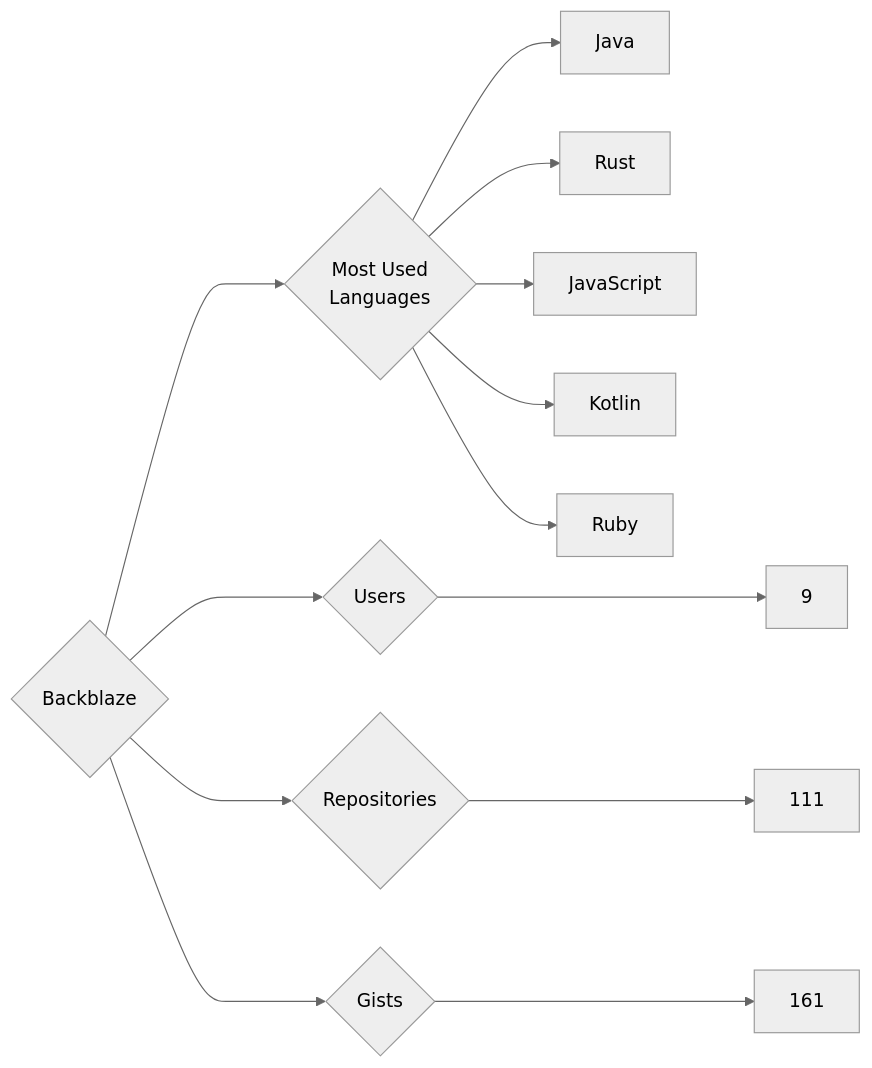
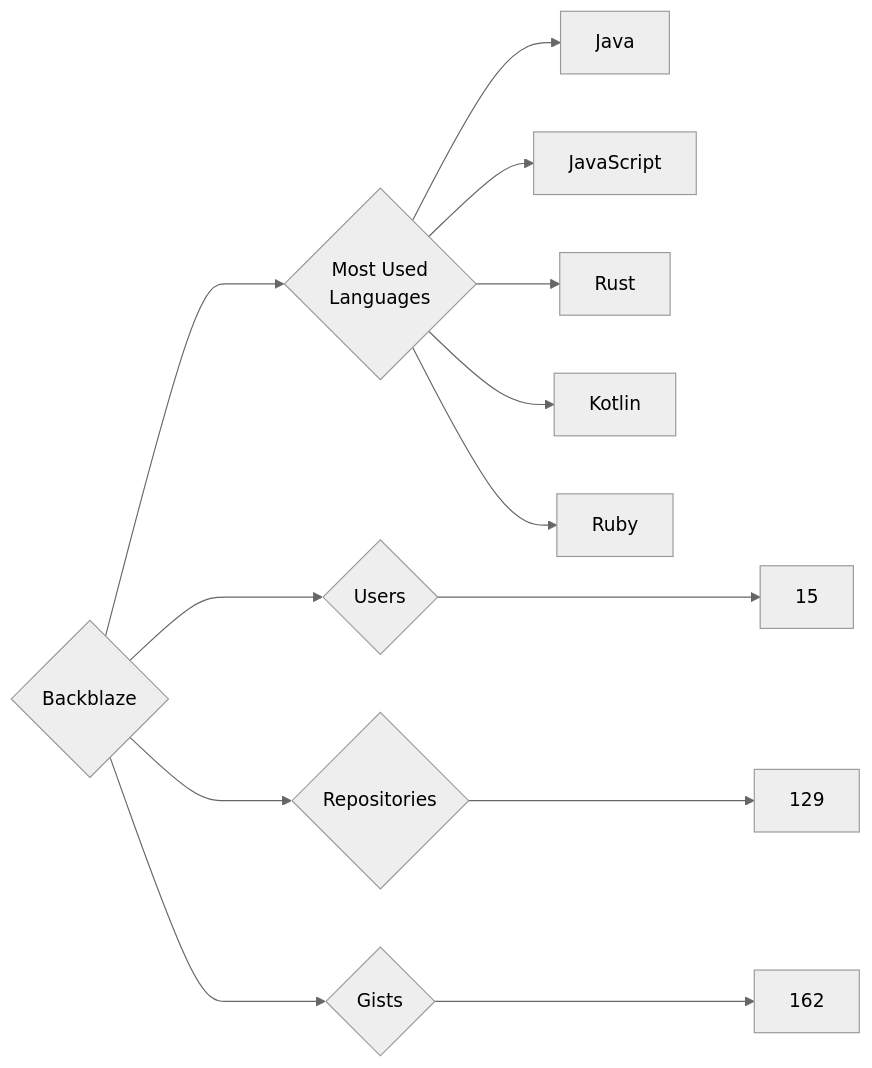
The diagram in targets/Backblaze/README.md (trickest/insiders), drawn with Mermaid (neutral theme) before and after one commit. The commit also changed 757 other files, not shown here.

````diff
--- a/targets/Backblaze/README.md
+++ b/targets/Backblaze/README.md
@@ -3,13 +3,13 @@
 ```mermaid
 graph LR
 COMPANY_NAME{Backblaze}
-COMPANY_NAME ---> U{Users} ---> UN[9]
-COMPANY_NAME ---> R{Repositories} ---> RN[111]
-COMPANY_NAME ---> G{Gists} ---> GN[161]
+COMPANY_NAME ---> U{Users} ---> UN[15]
+COMPANY_NAME ---> R{Repositories} ---> RN[129]
+COMPANY_NAME ---> G{Gists} ---> GN[162]
 COMPANY_NAME ---> ML{Most Used<br>Languages}
 ML --> Java[Java]
+ML --> JavaScript[JavaScript]
 ML --> Rust[Rust]
-ML --> JavaScript[JavaScript]
 ML --> Kotlin[Kotlin]
 ML --> Ruby[Ruby]
 ```
````
